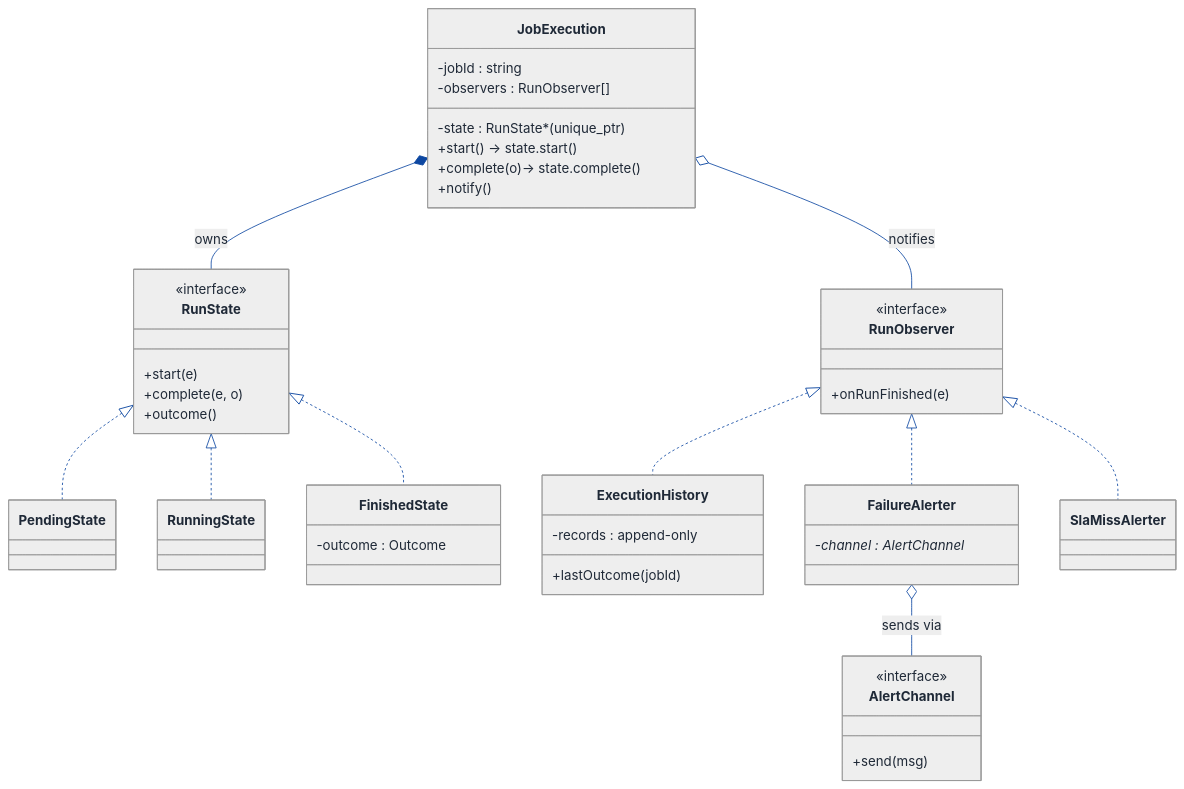
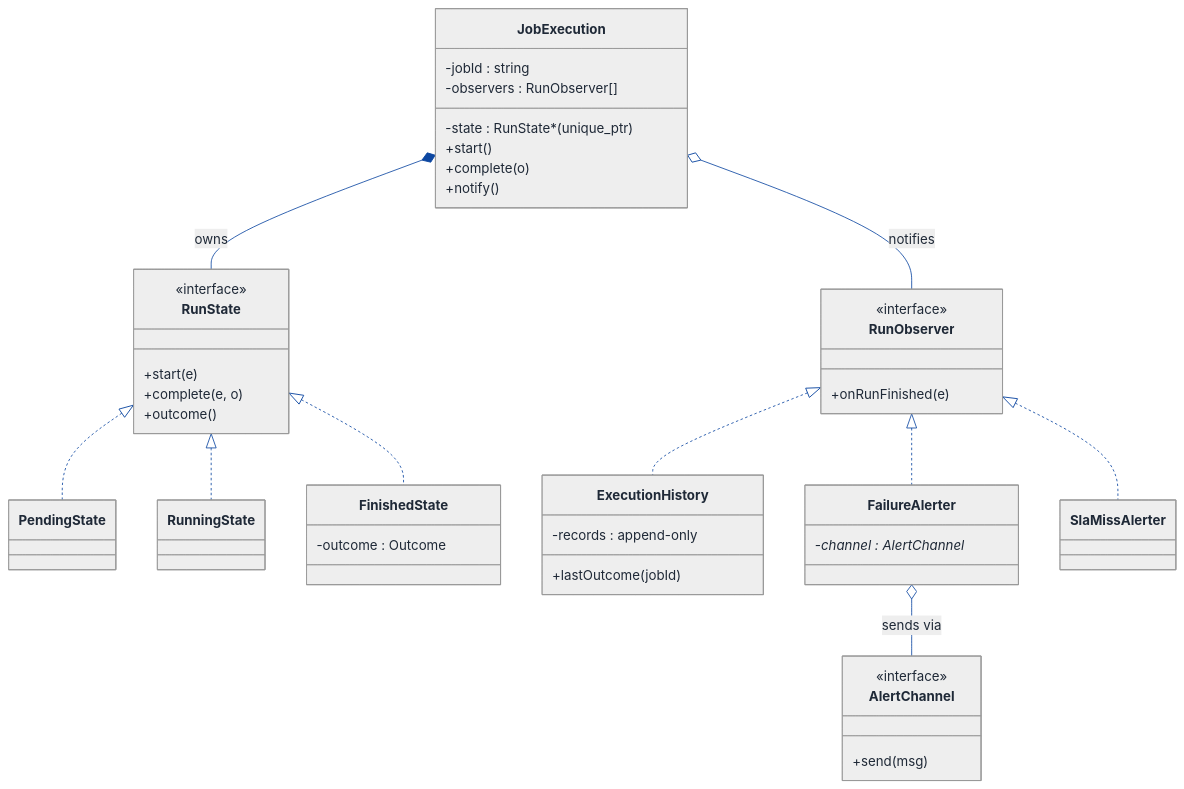
Before and after one commit to Prateek-5/question-bank: the sixth of 8 diagrams in LLD/Topics/LLD_DataStructures/Cron_Job_Scheduler.md, drawn with Mermaid. The commit also changed 61 other files, not shown here.

First line of the commit message:
Fix invalid mermaid classDiagram member syntax across LLD walkthroughs

````diff
--- a/LLD/Topics/LLD_DataStructures/Cron_Job_Scheduler.md
+++ b/LLD/Topics/LLD_DataStructures/Cron_Job_Scheduler.md
@@ -965,80 +965,80 @@
 ```mermaid
 ---
 config:
   theme: neutral
   themeVariables:
     background: '#ffffff'
     primaryColor: '#cfe2ff'
     primaryTextColor: '#1f2937'
     primaryBorderColor: '#084298'
     secondaryColor: '#fff3cd'
     secondaryTextColor: '#1f2937'
     secondaryBorderColor: '#664d03'
     tertiaryColor: '#d1e7dd'
     tertiaryTextColor: '#1f2937'
     tertiaryBorderColor: '#0a3622'
     lineColor: '#0d47a1'
     textColor: '#1f2937'
     noteBkgColor: '#fff3cd'
     noteTextColor: '#1f2937'
     noteBorderColor: '#997404'
     actorBkg: '#cfe2ff'
     actorBorder: '#084298'
     actorTextColor: '#1f2937'
     signalColor: '#0d47a1'
     signalTextColor: '#1f2937'
     labelBoxBkgColor: '#ffffff'
     labelBoxBorderColor: '#d3d3d3'
     labelTextColor: '#1f2937'
     edgeLabelBackground: '#ffffff'
     labelBackground: '#ffffff'
     classText: '#1f2937'
     fontFamily: 'system-ui, -apple-system, Segoe UI, Helvetica, Arial, sans-serif'
 ---
 classDiagram
   direction TB
   class JobExecution {
     -jobId : string
     -state : RunState* (unique_ptr)
     -observers : RunObserver[]
-    +start()    → state.start()
-    +complete(o)→ state.complete()
+    +start()
+    +complete(o)
     +notify()
   }
   class RunState {
     <<interface>>
     +start(e)
     +complete(e, o)
     +outcome()
   }
   class PendingState
   class RunningState
   class FinishedState {
     -outcome : Outcome
   }
   class RunObserver {
     <<interface>>
     +onRunFinished(e)
   }
   class ExecutionHistory {
     -records : append-only
     +lastOutcome(jobId)
   }
   class FailureAlerter {
     -channel : AlertChannel*
   }
   class SlaMissAlerter
   class AlertChannel {
     <<interface>>
     +send(msg)
   }
   JobExecution *-- RunState : owns
   RunState <|.. PendingState
   RunState <|.. RunningState
   RunState <|.. FinishedState
   JobExecution o-- RunObserver : notifies
   RunObserver <|.. ExecutionHistory
   RunObserver <|.. FailureAlerter
   RunObserver <|.. SlaMissAlerter
   FailureAlerter o-- AlertChannel : sends via
 ```
````
